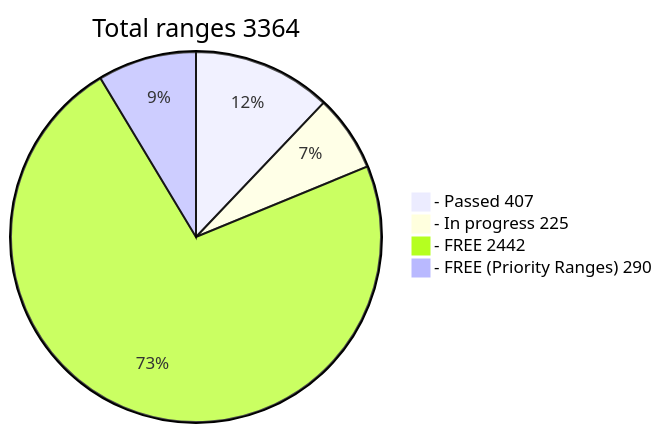
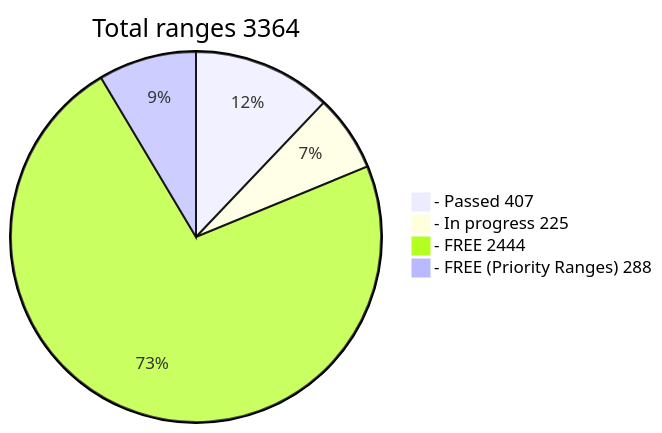
The diagram in README.md (phrutis/wif500), drawn with Mermaid before and after one commit.

````diff
--- a/README.md
+++ b/README.md
@@ -16,7 +16,7 @@
 ```mermaid
 pie title Total ranges 3364
   "- Passed 407" : 407
   "- In progress 225" : 225
-  "- FREE 2442" : 2442
-  "- FREE (Priority Ranges) 290" : 290
+  "- FREE 2444" : 2444
+  "- FREE (Priority Ranges) 288" : 288
 ```
````
